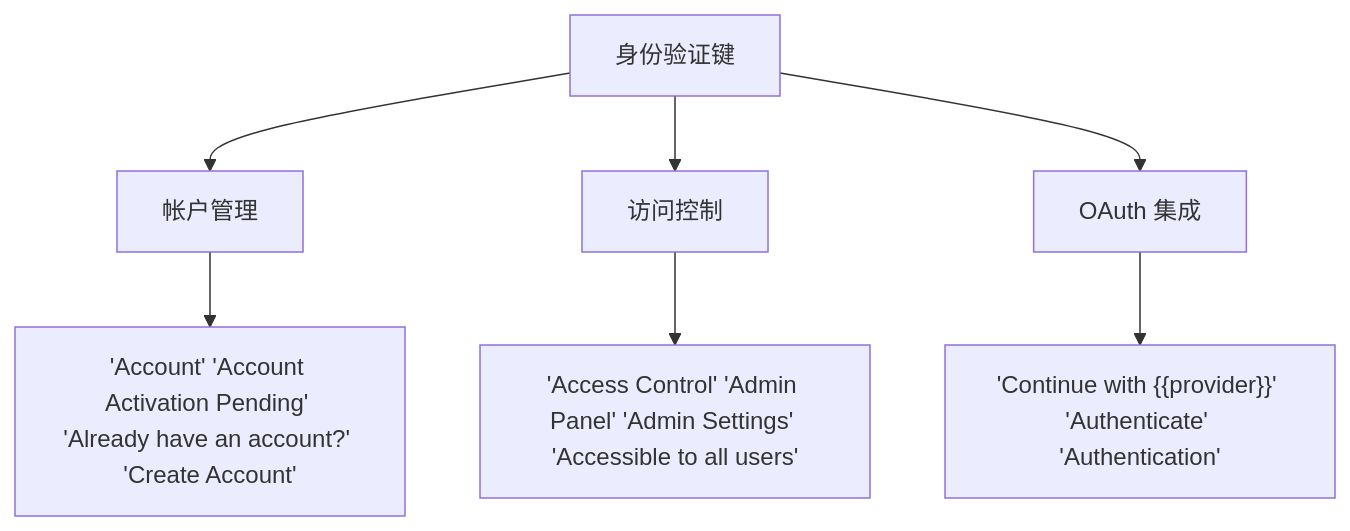
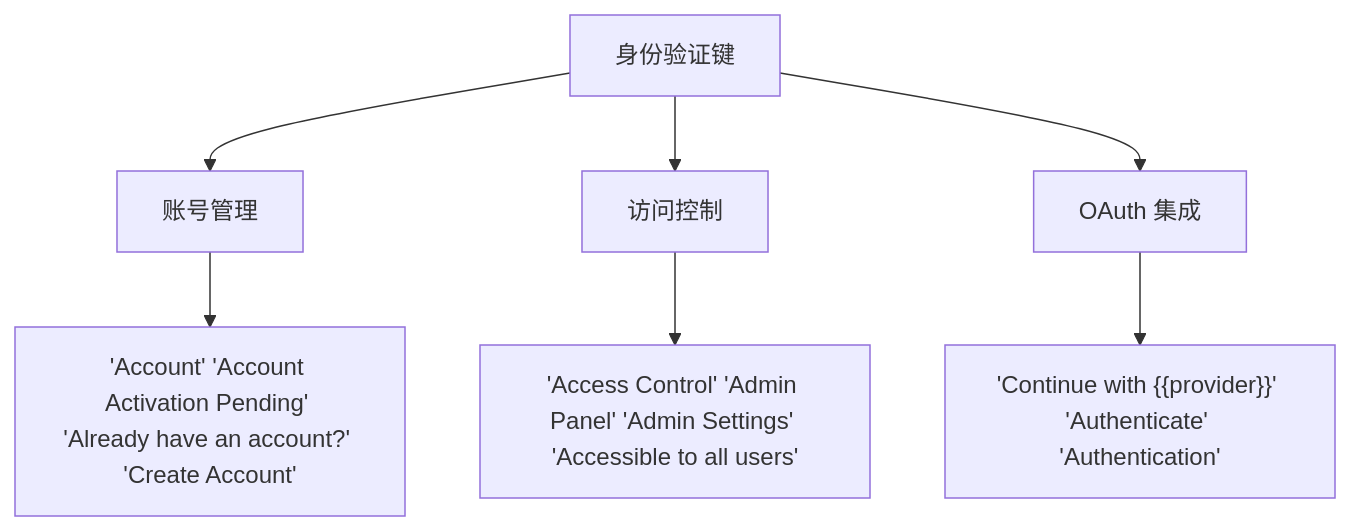
One commit to Chesszyh/Wiki changed the third of 5 diagrams in tests/open-webui_deepwiki/zh/15-internationalization.md. Above: the diagram before and after it, drawn with Mermaid. The commit also changed other lines of this file and 234 other files, not shown here.

````diff
--- a/tests/open-webui_deepwiki/zh/15-internationalization.md
+++ b/tests/open-webui_deepwiki/zh/15-internationalization.md
@@ -285,17 +277,17 @@
 ```mermaid
 flowchart TD
     AuthKeys["身份验证键"]
-    Account["帐户管理"]
+    Account["账号管理"]
     Permissions["访问控制"]
     OAuth["OAuth 集成"]
     AccountKeys["'Account' 'Account Activation Pending' 'Already have an account?' 'Create Account'"]
     PermKeys["'Access Control' 'Admin Panel' 'Admin Settings' 'Accessible to all users'"]
     OAuthKeys["'Continue with {{provider}}' 'Authenticate' 'Authentication'"]
 
     AuthKeys --> Account
     AuthKeys --> Permissions
     AuthKeys --> OAuth
     Account --> AccountKeys
     Permissions --> PermKeys
     OAuth --> OAuthKeys
 ```
````
